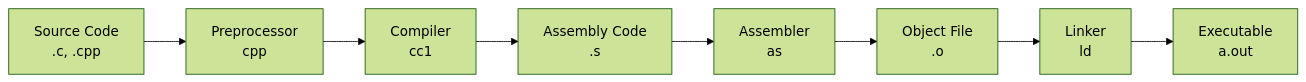
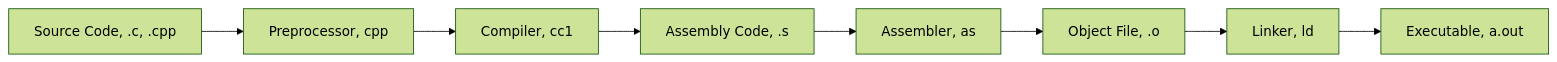
One commit to choru-k/choru-wiki changed the first of 2 diagrams in docs/cs/compilation/compile.md. Above: the diagram before and after it, drawn with Mermaid (forest theme). The commit also changed other lines of this file and 5 other files, not shown here.

````diff
--- a/docs/cs/compilation/compile.md
+++ b/docs/cs/compilation/compile.md
@@ -24,10 +24,10 @@
 ```mermaid
 graph LR
-    A[Source Code<br/>.c, .cpp] --> B[Preprocessor<br/>cpp]
-    B --> C[Compiler<br/>cc1]
-    C --> D[Assembly Code<br/>.s]
-    D --> E[Assembler<br/>as]
-    E --> F[Object File<br/>.o]
-    F --> G[Linker<br/>ld]
-    G --> H[Executable<br/>a.out]
+    A[Source Code, .c, .cpp] --> B[Preprocessor, cpp]
+    B --> C[Compiler, cc1]
+    C --> D[Assembly Code, .s]
+    D --> E[Assembler, as]
+    E --> F[Object File, .o]
+    F --> G[Linker, ld]
+    G --> H[Executable, a.out]
 ```
````
